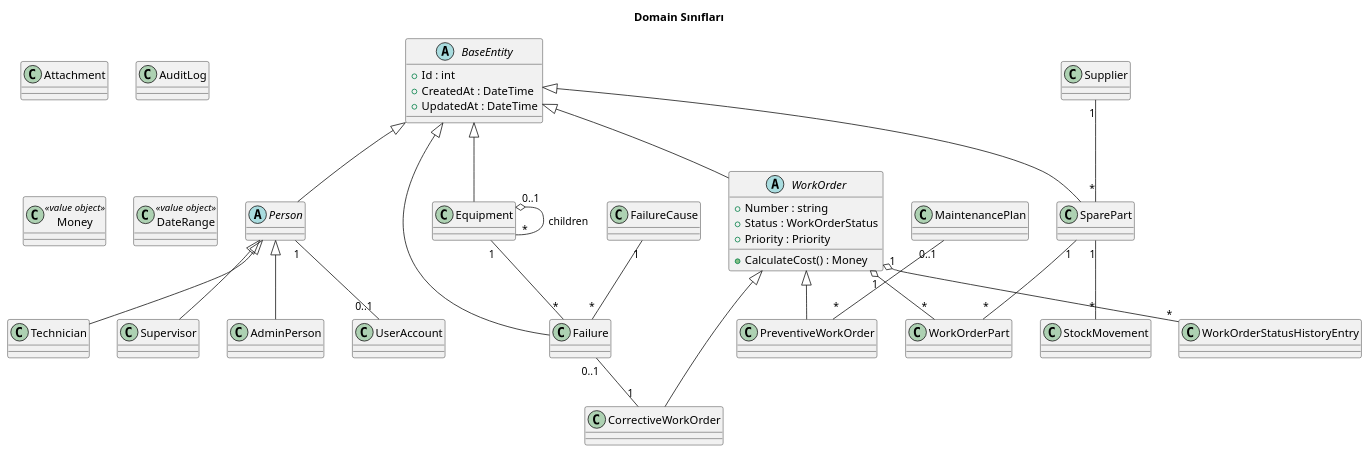
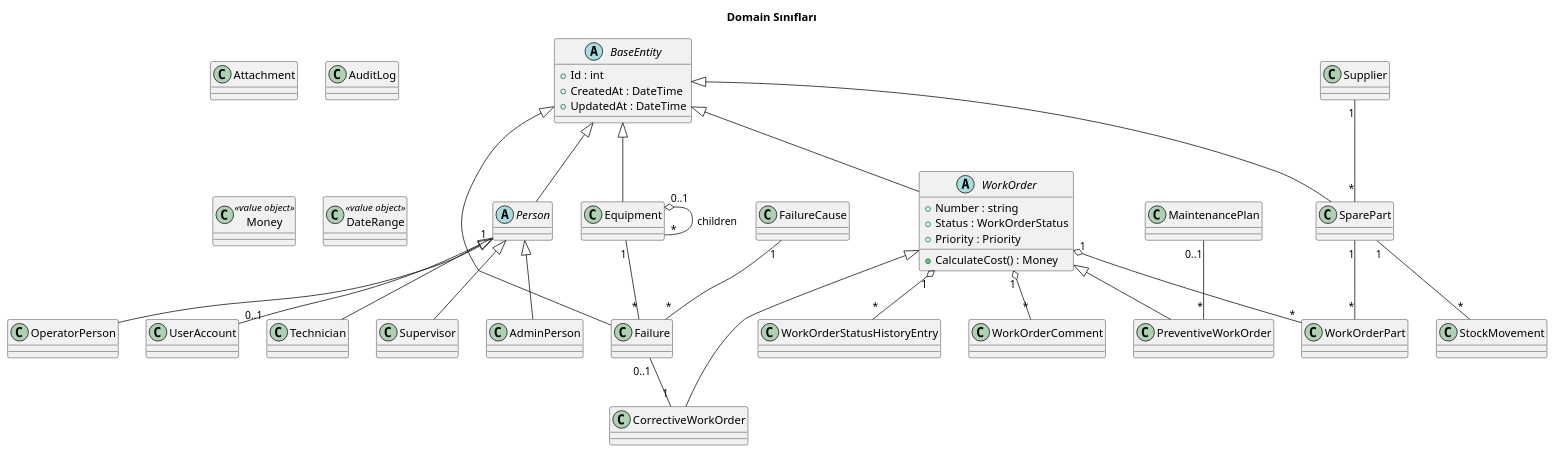
Before and after one commit to zeeynepkaratas/MaintainIQ: the diagram in docs/diagrams/domain-classes.puml, drawn with PlantUML. The commit also changed 21 other files, not shown here.

```diff
--- a/docs/diagrams/domain-classes.puml
+++ b/docs/diagrams/domain-classes.puml
@@ -1,57 +1,61 @@
 @startuml
 title Domain Sınıfları
 
 abstract class BaseEntity {
   +Id : int
   +CreatedAt : DateTime
   +UpdatedAt : DateTime
 }
 abstract class Person
 class Technician
 class Supervisor
 class AdminPerson
+class OperatorPerson
 class UserAccount
 class Equipment
 class Failure
 class FailureCause
 abstract class WorkOrder {
   +Number : string
   +Status : WorkOrderStatus
   +Priority : Priority
   +CalculateCost() : Money
 }
 class CorrectiveWorkOrder
 class PreventiveWorkOrder
 class WorkOrderPart
 class WorkOrderStatusHistoryEntry
+class WorkOrderComment
 class SparePart
 class StockMovement
 class Supplier
 class MaintenancePlan
 class Attachment
 class AuditLog
 class Money <<value object>>
 class DateRange <<value object>>
 
 BaseEntity <|-- Person
 Person <|-- Technician
 Person <|-- Supervisor
 Person <|-- AdminPerson
+Person <|-- OperatorPerson
 BaseEntity <|-- Equipment
 BaseEntity <|-- Failure
 BaseEntity <|-- WorkOrder
 WorkOrder <|-- CorrectiveWorkOrder
 WorkOrder <|-- PreventiveWorkOrder
 BaseEntity <|-- SparePart
 Equipment "0..1" o-- "*" Equipment : children
 Equipment "1" -- "*" Failure
 FailureCause "1" -- "*" Failure
 Failure "0..1" -- "1" CorrectiveWorkOrder
 MaintenancePlan "0..1" -- "*" PreventiveWorkOrder
 WorkOrder "1" o-- "*" WorkOrderPart
 SparePart "1" -- "*" WorkOrderPart
 WorkOrder "1" o-- "*" WorkOrderStatusHistoryEntry
+WorkOrder "1" o-- "*" WorkOrderComment
 Supplier "1" -- "*" SparePart
 SparePart "1" -- "*" StockMovement
 Person "1" -- "0..1" UserAccount
 @enduml
```
